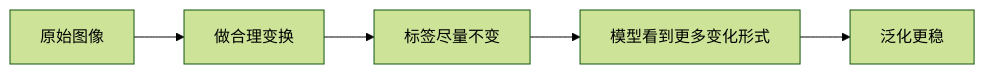
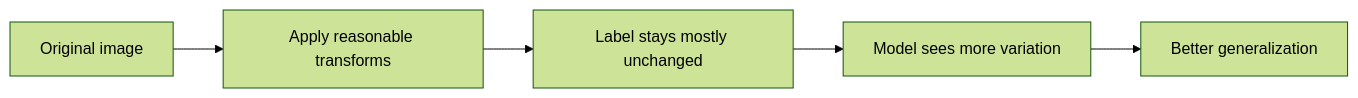
The diagram in docs/ch10-computer-vision/ch02-classification/01-data-augmentation.md (oudbiao/AI-fullstack-course), drawn with Mermaid (forest theme) before and after one commit. The commit also changed other lines of this file and 1406 other files, not shown here.

````diff
--- a/docs/ch10-computer-vision/ch02-classification/01-data-augmentation.md
+++ b/docs/ch10-computer-vision/ch02-classification/01-data-augmentation.md
@@ -44,7 +44,7 @@
 ```mermaid
 flowchart LR
-    A["原始图像"] --> B["做合理变换"]
-    B --> C["标签尽量不变"]
-    C --> D["模型看到更多变化形式"]
-    D --> E["泛化更稳"]
+    A["Original image"] --> B["Apply reasonable transforms"]
+    B --> C["Label stays mostly unchanged"]
+    C --> D["Model sees more variation"]
+    D --> E["Better generalization"]
 ```
````
